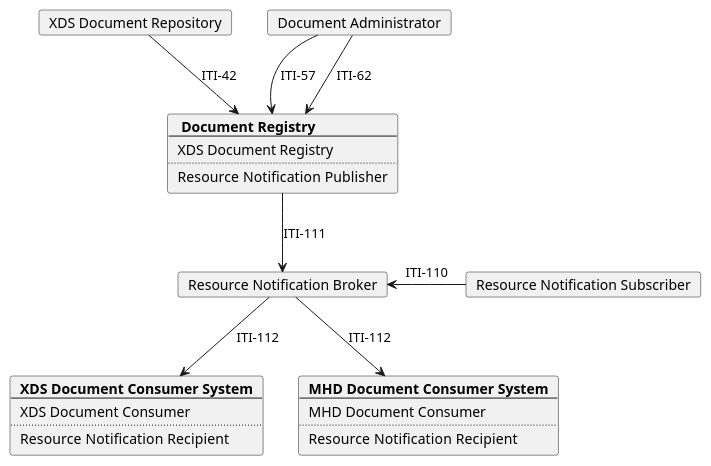
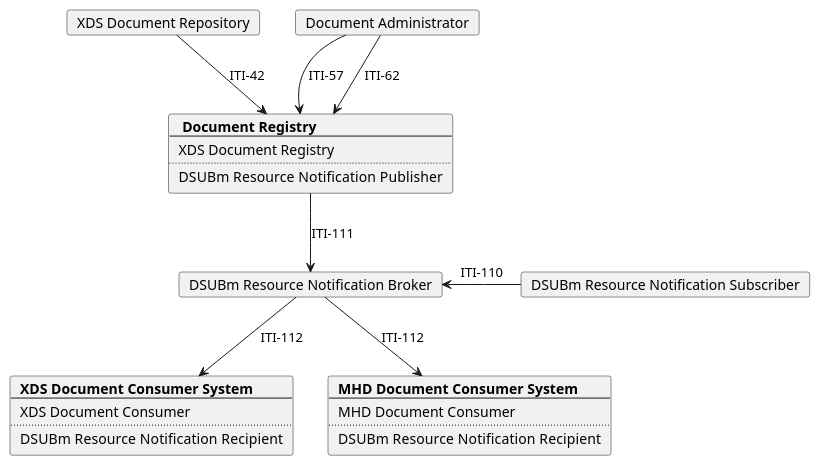
Before and after one commit to IHE/ITI.DSUBm: the diagram in input/images-source/model_MHD.plantuml, drawn with PlantUML. The commit also changed 7 other files, not shown here.

Commit message:
update uml

```diff
--- a/input/images-source/model_MHD.plantuml
+++ b/input/images-source/model_MHD.plantuml
@@ -1,60 +1,60 @@
 @startuml
 skinparam svgDimensionStyle false
 skinparam componentStyle rectangle
 
 hide footbox
 /' title "DSUBm grouped with MHD" '/
 
 
 card "XDS Document Repository" as XDS_Repo 
 card "Document Administrator" as DOC_Administrator
 card  Registry [
   <b> Document Registry
   ----
   XDS Document Registry 
   ....
-  Resource Notification  Publisher
+  DSUBm Resource Notification  Publisher
 ]
-card "Resource Notification Broker" as DSUBm_Broker
-card "Resource Notification Subscriber" as DSUBm_Subscriber
+card "DSUBm Resource Notification Broker" as DSUBm_Broker
+card "DSUBm Resource Notification Subscriber" as DSUBm_Subscriber
 
 
 card  Consumer_XDS[
   <b>XDS Document Consumer System
   ----
   XDS Document Consumer
   ....
-  Resource Notification  Recipient
+  DSUBm Resource Notification  Recipient
 ]
 
 card  Consumer_MHD[
   <b>MHD Document Consumer System
   ----
   MHD Document Consumer
   ....
-  Resource Notification  Recipient
+  DSUBm Resource Notification  Recipient
 ]
 
 
 DOC_Administrator --> Registry: ITI-57
 DOC_Administrator --> Registry: ITI-62
 
 XDS_Repo -d-> Registry: ITI-42
 Registry -d-> DSUBm_Broker: ITI-111
 DSUBm_Subscriber -l-> DSUBm_Broker: ITI-110
 DSUBm_Broker --> Consumer_MHD: ITI-112
 DSUBm_Broker --> Consumer_XDS: ITI-112
 /'
 card  ConsumerInterface [
   <b> MHD to XDS Consumer Interface
   ----
   MHD Document Recipient
   ....
   XDS Document Consumer 
 ]
 Consumer -u-> ConsumerInterface: ITI-68
 ConsumerInterface -l-> XDS_Repo: ITI-43
 ConsumerInterface --> Registry: ITI-18
 '/
 
 @enduml
```
